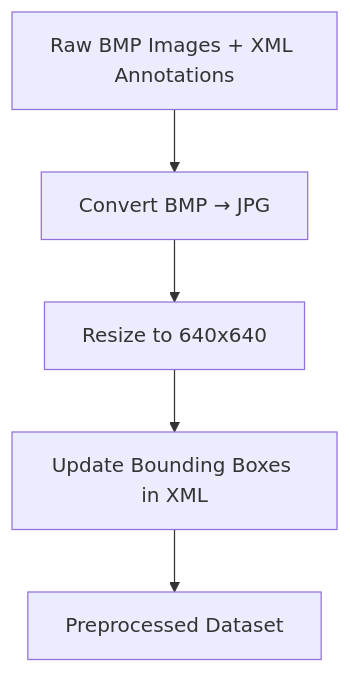
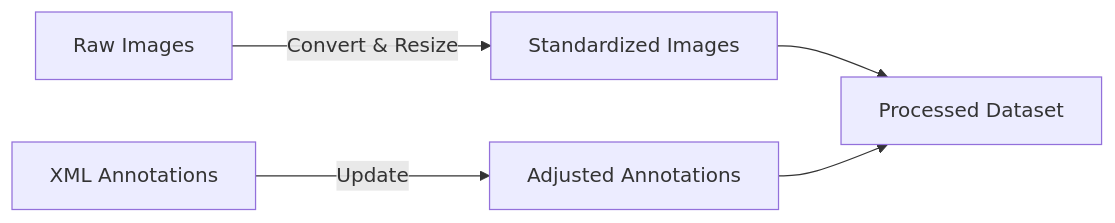
The second of 3 diagrams in README.md (ahmad-kaif/tensors), drawn with Mermaid before and after one commit. The commit also changed other lines of this file and 4 other files, not shown here.

````diff
--- a/README.md
+++ b/README.md
@@ -41,7 +35,7 @@
 ```mermaid
-flowchart TD
-    A[Raw BMP Images + XML Annotations] --> B[Convert BMP → JPG]
-    B --> C[Resize to 640x640]
-    C --> D[Update Bounding Boxes in XML]
-    D --> E[Preprocessed Dataset]
+flowchart LR
+    A[Raw Images] -->|Convert & Resize| B[Standardized Images]
+    C[XML Annotations] -->|Update| D[Adjusted Annotations]
+    B --> E[Processed Dataset]
+    D --> E
 ```
````
